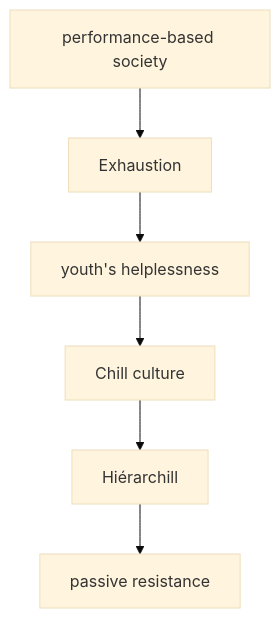
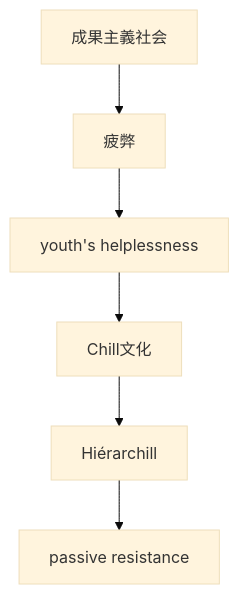
One commit to monumental-movement/monumental-movement.github.io changed the second of 7 diagrams in en/_posts/2026-05-09-column-jerome-50.md. Above: the diagram before and after it, drawn with Mermaid (base theme). The commit also changed other lines of this file and 2196 other files, not shown here.

```diff
--- a/en/_posts/2026-05-09-column-jerome-50.md
+++ b/en/_posts/2026-05-09-column-jerome-50.md
@@ -95,8 +95,8 @@
 <div class="mermaid">
 flowchart TD
-A[performance-based society] --> B[Exhaustion]
+A[成果主義社会] --> B[疲弊]
 B --> C[youth's helplessness]
-C --> D[Chill culture]
+C --> D[Chill文化]
 D --> E[Hiérarchill]
 E --> F[passive resistance]
 </div>
```
